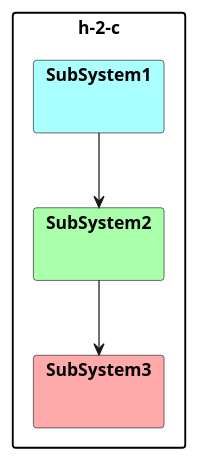
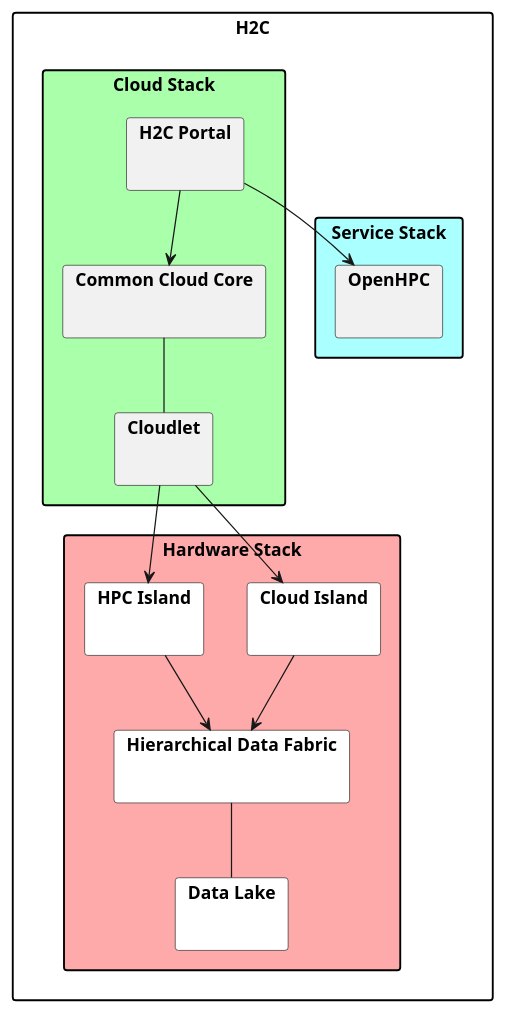
One commit to CAADE/H2C changed the diagram in docs/Solution/Logical.puml. Above: the diagram before and after it, drawn with PlantUML. The commit also changed other lines of this file and 282 other files, not shown here.

```diff
--- a/docs/Solution/Logical.puml
+++ b/docs/Solution/Logical.puml
@@ -1,18 +1,31 @@
 @startuml
 
 skinparam packageStyle rect
 
-package h-2-c {
-package "SubSystem1" #aaffff {
-}
-package "SubSystem2" #aaffaa {
-}
-package "SubSystem3" #ffaaaa {
-}
+package H2C {
+    package "Service Stack" as SS #aaffff {
+      package "OpenHPC" as OHPC { }
+    }
+    package "Cloud Stack" as CS #aaffaa {
+      package "H2C Portal" as HP { }
+      package "Common Cloud Core" as C3 { }
+      package Cloudlet { }
+      C3 == Cloudlet
+    }
+    package "Hardware Stack" as HS #ffaaaa {
+      package "Cloud Island" as HCI #ffffff { }
+      package "HPC Island" as HHI #ffffff { }
+      package "Hierarchical Data Fabric" as HDF #ffffff { }
+      package "Data Lake" as HDL #ffffff { }
+      HCI --> HDF
+      HHI --> HDF
+      HDF == HDL
+    }
 }
 
-SubSystem1 --> SubSystem2
-SubSystem2 --> SubSystem3
-
+Cloudlet --> HCI
+Cloudlet --> HHI
+HP --> C3
+HP --> OHPC
 
 @enduml
```
